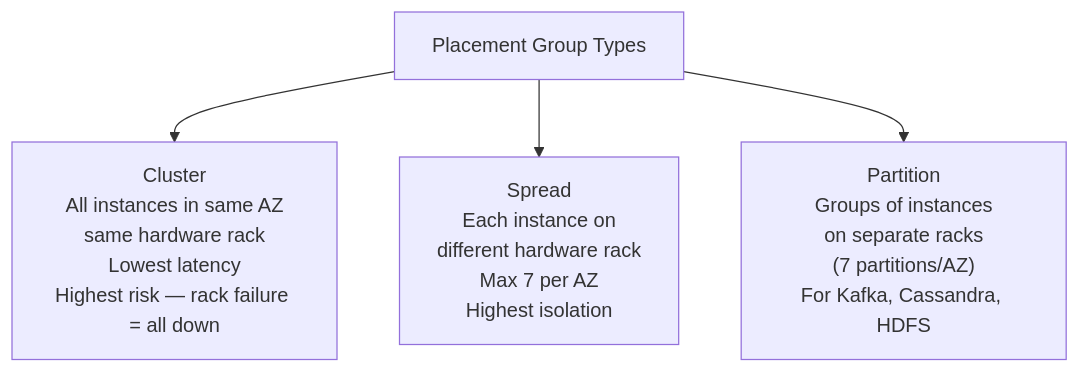
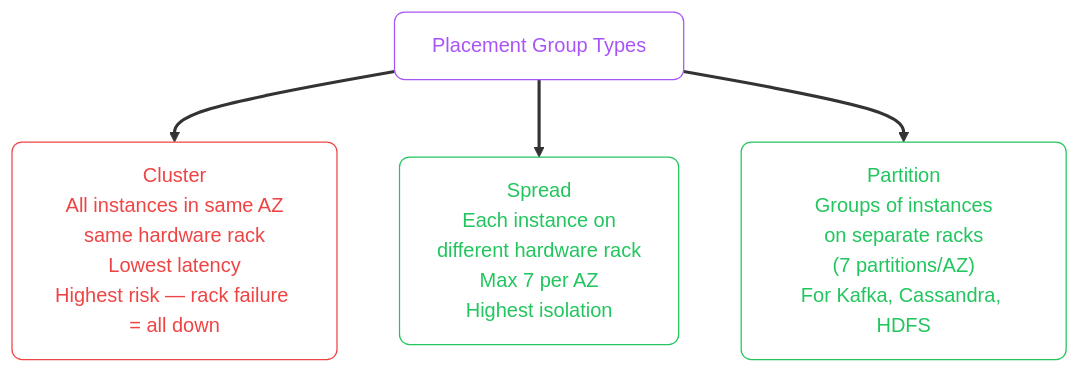
Before and after one commit to zafarale/cloudification: the sixth of 6 diagrams in src/content/cloud/aws/02-intro-vms.mdx, drawn with Mermaid. The commit also changed other lines of this file and 84 other files, not shown here.

````diff
--- a/src/content/cloud/aws/02-intro-vms.mdx
+++ b/src/content/cloud/aws/02-intro-vms.mdx
@@ -228,10 +257,17 @@
 ```mermaid
 flowchart TD
-    PG["Placement Group Types"]
+    accTitle: Placement Groups
+    accDescr: Flowchart (td) showing Placement Group Types, Cluster All instances in same AZ same hardware rack Lowest latency Highest risk rack failure all down, Spread Each instance on different hardware rack Max 7 per AZ Highest isolation
+    classDef step fill:none,stroke:#a855f7,color:#a855f7,rx:8,ry:8
+    classDef ok   fill:none,stroke:#22c55e,color:#22c55e,rx:8,ry:8
+    classDef fail fill:none,stroke:#ef4444,color:#ef4444,rx:8,ry:8
+    linkStyle default stroke-width:2.5px
 
-    CLUSTER["Cluster\nAll instances in same AZ\nsame hardware rack\nLowest latency\nHighest risk — rack failure = all down"]
-    SPREAD["Spread\nEach instance on\ndifferent hardware rack\nMax 7 per AZ\nHighest isolation"]
-    PARTITION["Partition\nGroups of instances\non separate racks\n(7 partitions/AZ)\nFor Kafka, Cassandra, HDFS"]
+    PG["Placement Group Types"]:::step
+
+    CLUSTER["Cluster<br/>All instances in same AZ<br/>same hardware rack<br/>Lowest latency<br/>Highest risk — rack failure = all down"]:::fail
+    SPREAD["Spread<br/>Each instance on<br/>different hardware rack<br/>Max 7 per AZ<br/>Highest isolation"]:::ok
+    PARTITION["Partition<br/>Groups of instances<br/>on separate racks<br/>(7 partitions/AZ)<br/>For Kafka, Cassandra, HDFS"]:::ok
 
     PG --> CLUSTER & SPREAD & PARTITION
 ```
````
